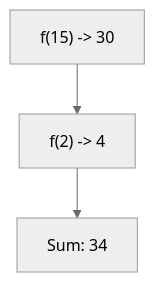
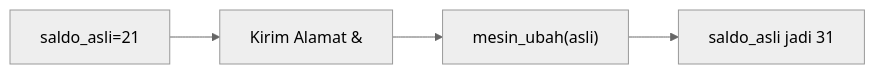
Before and after one commit to amnahwaida/OSNK_INF_PREP: the ninth of 25 diagrams in part-c-pemahaman-cpp/04-fungsi/latihan/set-08.md, drawn with Mermaid (neutral theme). The commit also changed other lines of this file and 71 other files, not shown here.

````diff
--- a/part-c-pemahaman-cpp/04-fungsi/latihan/set-08.md
+++ b/part-c-pemahaman-cpp/04-fungsi/latihan/set-08.md
@@ -235,5 +245,6 @@
 ```mermaid
-graph TD
-A["f(15) -> 30"] --> B["f(2) -> 4"]
-B --> C["Sum: 34"]
+graph LR
+A["saldo_asli=21"] --> B["Kirim Alamat &"]
+B --> C["mesin_ubah(asli)"]
+C --> D["saldo_asli jadi 31"]
 ```
````
